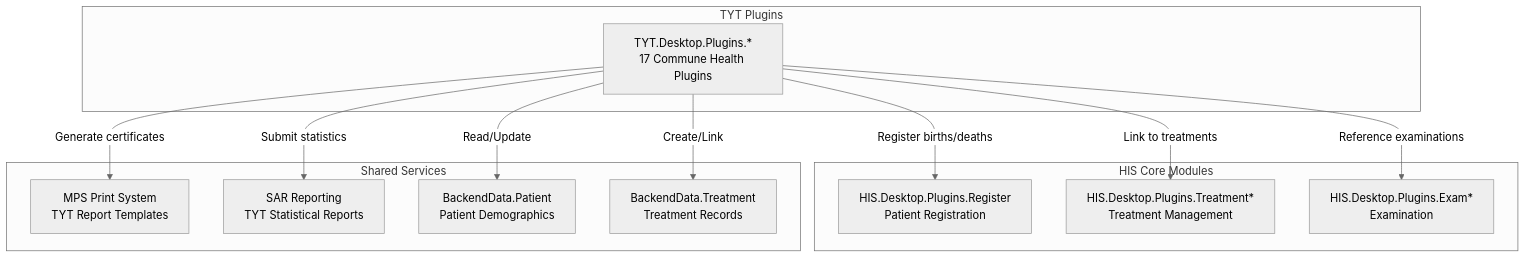
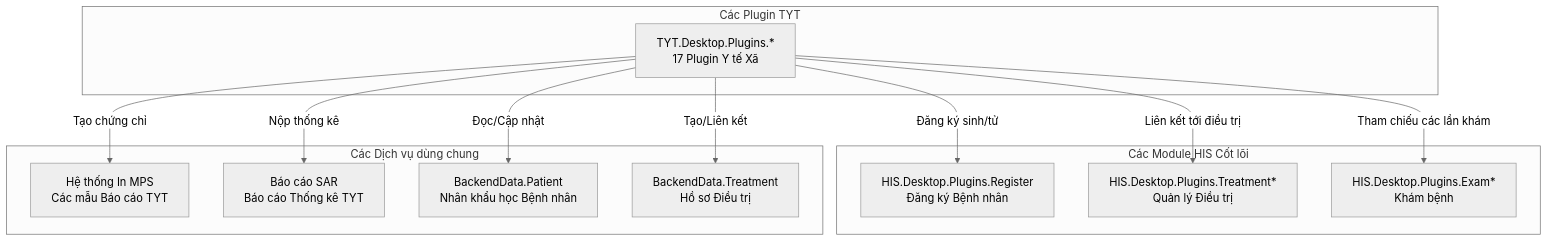
One commit to thangpnb/HIS changed the ninth of 9 diagrams in docs/his-ba-documentation/03-business-domains/laboratory/lis-plugins.md. Above: the diagram before and after it, drawn with Mermaid (neutral theme). The commit also changed other lines of this file and 30 other files, not shown here.

Commit message:
Refactor architecture docs and update translations

````diff
--- a/docs/his-ba-documentation/03-business-domains/laboratory/lis-plugins.md
+++ b/docs/his-ba-documentation/03-business-domains/laboratory/lis-plugins.md
@@ -1561,27 +1526,27 @@
 ```mermaid
 graph TB
-    subgraph "TYT Plugins"
-        TYT["TYT.Desktop.Plugins.*<br/>17 Commune Health Plugins"]
+    subgraph "Các Plugin TYT"
+        TYT["TYT.Desktop.Plugins.*<br/>17 Plugin Y tế Xã"]
     end
     
-    subgraph "HIS Core Modules"
-        PatientReg["HIS.Desktop.Plugins.Register<br/>Patient Registration"]
-        Treatment["HIS.Desktop.Plugins.Treatment*<br/>Treatment Management"]
-        Exam["HIS.Desktop.Plugins.Exam*<br/>Examination"]
+    subgraph "Các Module HIS Cốt lõi"
+        PatientReg["HIS.Desktop.Plugins.Register<br/>Đăng ký Bệnh nhân"]
+        Treatment["HIS.Desktop.Plugins.Treatment*<br/>Quản lý Điều trị"]
+        Exam["HIS.Desktop.Plugins.Exam*<br/>Khám bệnh"]
     end
     
-    subgraph "Shared Services"
-        Print["MPS Print System<br/>TYT Report Templates"]
-        Reports["SAR Reporting<br/>TYT Statistical Reports"]
-        PatientData["BackendData.Patient<br/>Patient Demographics"]
-        TreatmentData["BackendData.Treatment<br/>Treatment Records"]
+    subgraph "Các Dịch vụ dùng chung"
+        Print["Hệ thống In MPS<br/>Các mẫu Báo cáo TYT"]
+        Reports["Báo cáo SAR<br/>Báo cáo Thống kê TYT"]
+        PatientData["BackendData.Patient<br/>Nhân khẩu học Bệnh nhân"]
+        TreatmentData["BackendData.Treatment<br/>Hồ sơ Điều trị"]
     end
     
-    TYT -->|"Register births/deaths"| PatientReg
-    TYT -->|"Link to treatments"| Treatment
-    TYT -->|"Reference examinations"| Exam
-    TYT -->|"Generate certificates"| Print
-    TYT -->|"Submit statistics"| Reports
-    TYT -->|"Read/Update"| PatientData
-    TYT -->|"Create/Link"| TreatmentData
+    TYT -->|"Đăng ký sinh/tử"| PatientReg
+    TYT -->|"Liên kết tới điều trị"| Treatment
+    TYT -->|"Tham chiếu các lần khám"| Exam
+    TYT -->|"Tạo chứng chỉ"| Print
+    TYT -->|"Nộp thống kê"| Reports
+    TYT -->|"Đọc/Cập nhật"| PatientData
+    TYT -->|"Tạo/Liên kết"| TreatmentData
 ```
````
